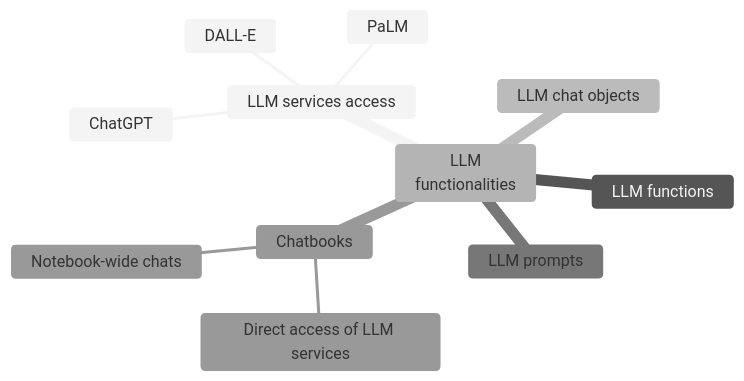
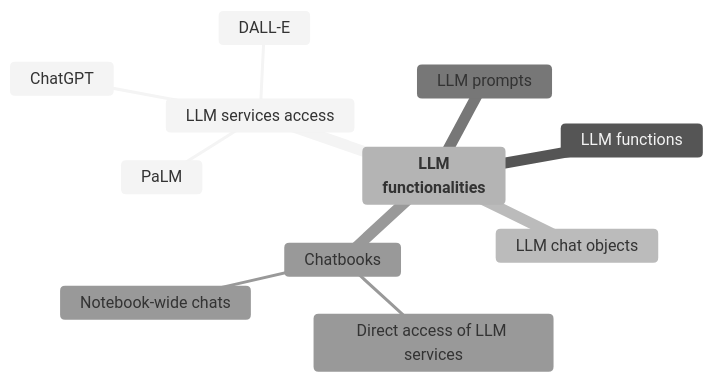
The first of 2 diagrams in Articles/Reprogramming-to-Python-of-LLM-and-Chatbook-packages.md (antononcube/RakuForPrediction-book), drawn with Mermaid (neutral theme) before and after one commit.

Commit message:
docs:Reverting to the original Mermaid-JS mind-map.

````diff
--- a/Articles/Reprogramming-to-Python-of-LLM-and-Chatbook-packages.md
+++ b/Articles/Reprogramming-to-Python-of-LLM-and-Chatbook-packages.md
@@ -61,18 +61,24 @@
 ```mermaid
 mindmap
-    LLM<br/>functionalities
+    **LLM<br/>functionalities**
         LLM services access
+        ::icon(fa fa-cloud)
             ChatGPT
             DALL-E
+            ::icon(fas fa-image)
             PaLM
 
         LLM functions
+        ::icon(fas fa-box-open)
 
         LLM chat objects
+        ::icon(fa fa-comments)
 
         LLM prompts
+        ::icon(fa fa-terminal)
 
         Chatbooks
+        ::icon(fa fa-book-open)
             Direct access of LLM services
             Notebook-wide chats
 ```
````
